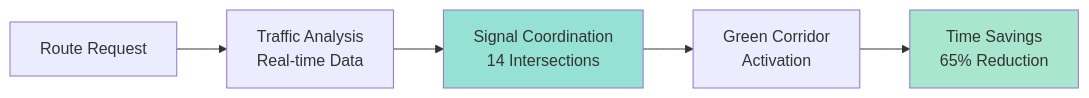
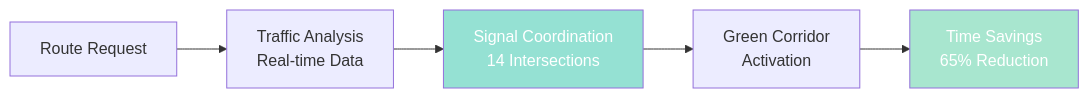
One commit to anuj123upadhyay/llgca_agent changed the sixth of 9 diagrams in README.md. Above: the diagram before and after it, drawn with Mermaid. The commit also changed other lines of this file and 1 other file, not shown here.

````diff
--- a/README.md
+++ b/README.md
@@ -544,10 +579,10 @@
 ```mermaid
 graph LR
     A[Route Request] --> B[Traffic Analysis<br/>Real-time Data]
     B --> C[Signal Coordination<br/>14 Intersections]
     C --> D[Green Corridor<br/>Activation]
     D --> E[Time Savings<br/>65% Reduction]
 
-    style C fill:#95e1d3
-    style E fill:#a8e6cf
+    style C fill:#95e1d3,color:#fff
+    style E fill:#a8e6cf,color:#fff
 ```
````
